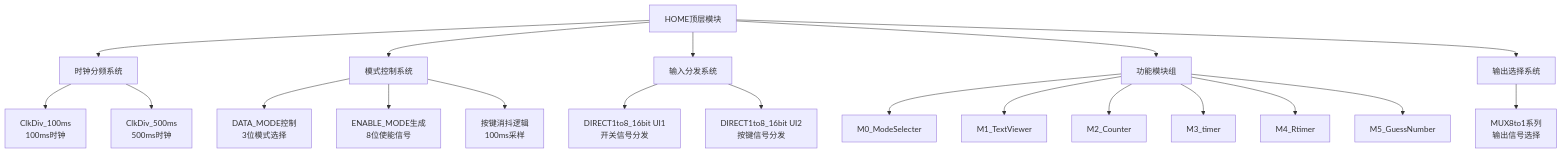
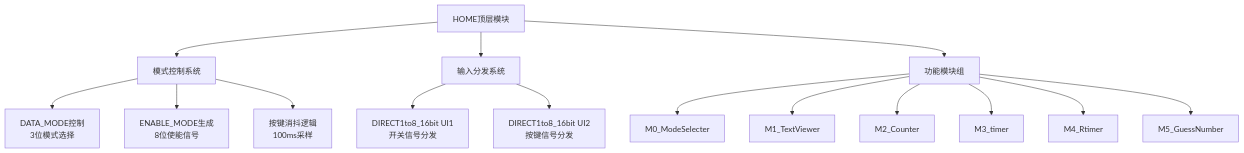
Before and after one commit to Da1dr1em/shudian_dazuoye_liudang: the first of 16 diagrams in Readme.md, drawn with Mermaid. The commit also changed other lines of this file, not shown here.

````diff
--- a/Readme.md
+++ b/Readme.md
@@ -13,27 +13,24 @@
 ```mermaid
 graph TD
-    A[HOME顶层模块] --> B[时钟分频系统]
+    A[HOME顶层模块]
     A --> C[模式控制系统]
     A --> D[输入分发系统]
     A --> E[功能模块组]
-    A --> F[输出选择系统]
-    
-    B --> B1[ClkDiv_100ms<br/>100ms时钟]
-    B --> B2[ClkDiv_500ms<br/>500ms时钟]
+ 
+
     
     C --> C1[DATA_MODE控制<br/>3位模式选择]
     C --> C2[ENABLE_MODE生成<br/>8位使能信号]
     C --> C3[按键消抖逻辑<br/>100ms采样]
     
     D --> D1[DIRECT1to8_16bit UI1<br/>开关信号分发]
     D --> D2[DIRECT1to8_16bit UI2<br/>按键信号分发]
     
     E --> E1[M0_ModeSelecter]
     E --> E2[M1_TextViewer]
     E --> E3[M2_Counter]
     E --> E4[M3_timer]
     E --> E5[M4_Rtimer]
     E --> E6[M5_GuessNumber]
-    
-    F --> F1[MUX8to1系列<br/>输出信号选择]
+
 ```
````
